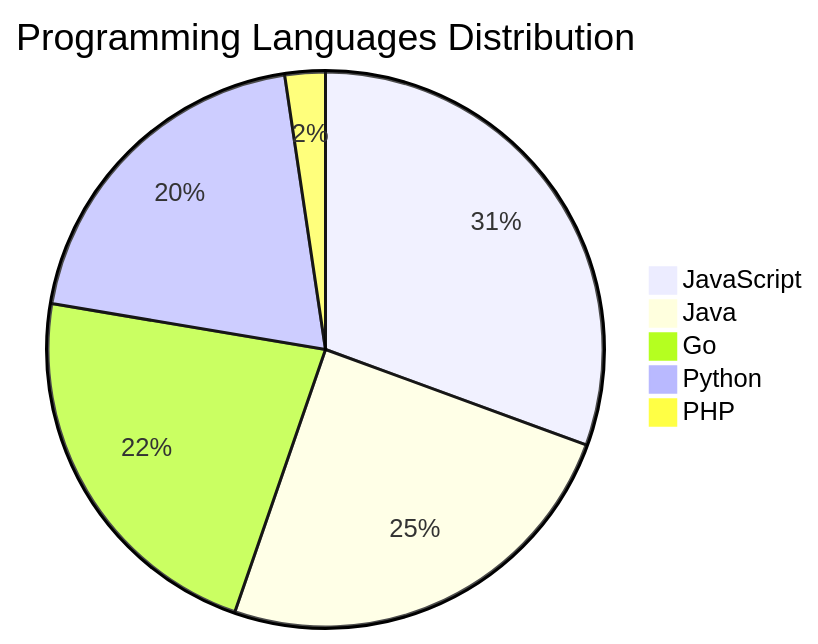
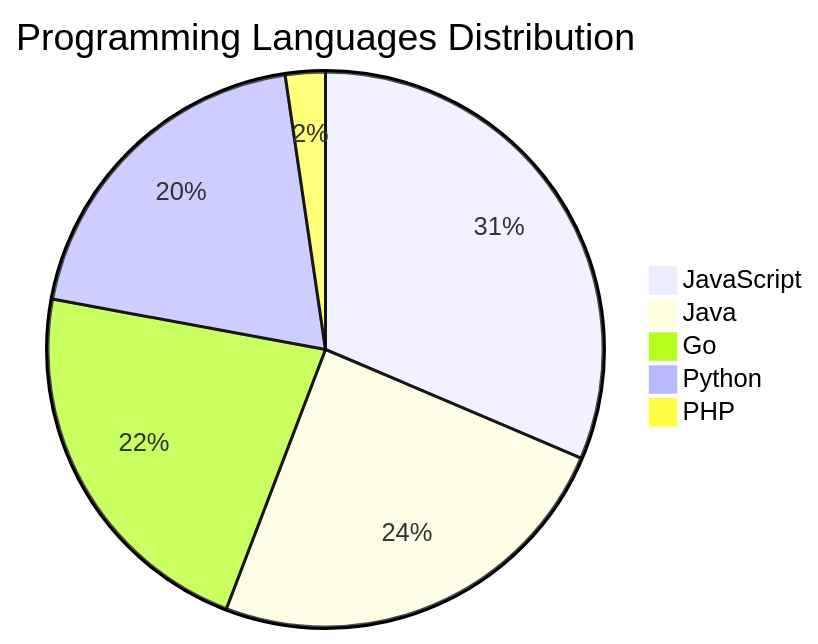
The diagram in README.md (Derrick-MUGISHA/github-activity-bot), drawn with Mermaid before and after one commit. The commit also changed other lines of this file and 3 other files, not shown here.

````diff
--- a/README.md
+++ b/README.md
@@ -71,8 +71,8 @@
 ```mermaid
 pie title Programming Languages Distribution
-    "JavaScript" : 26
+    "JavaScript" : 27
     "Java" : 21
     "Go" : 19
     "Python" : 17
     "PHP" : 2
 ```
````
